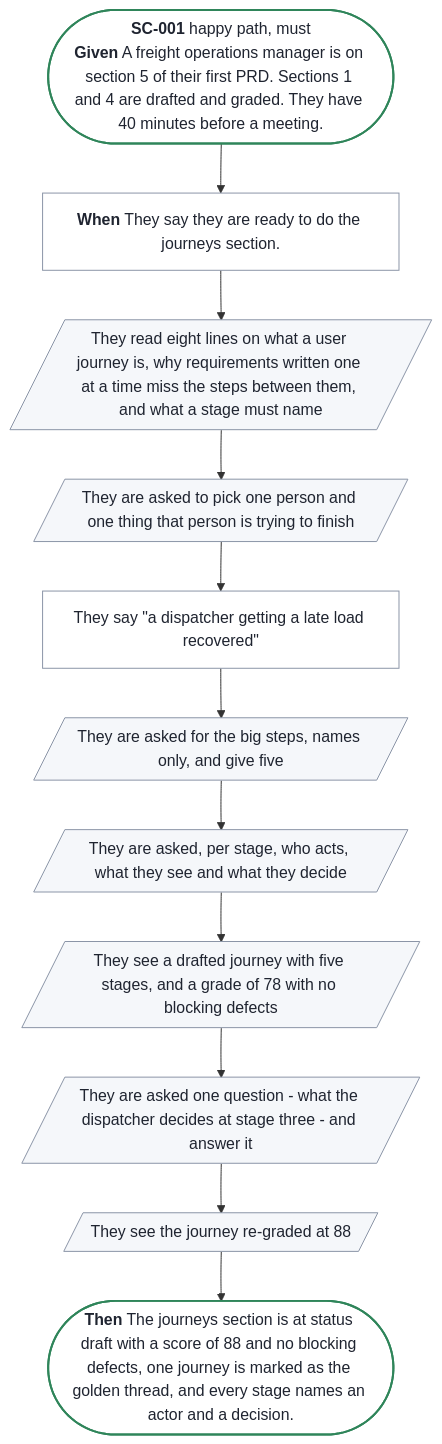
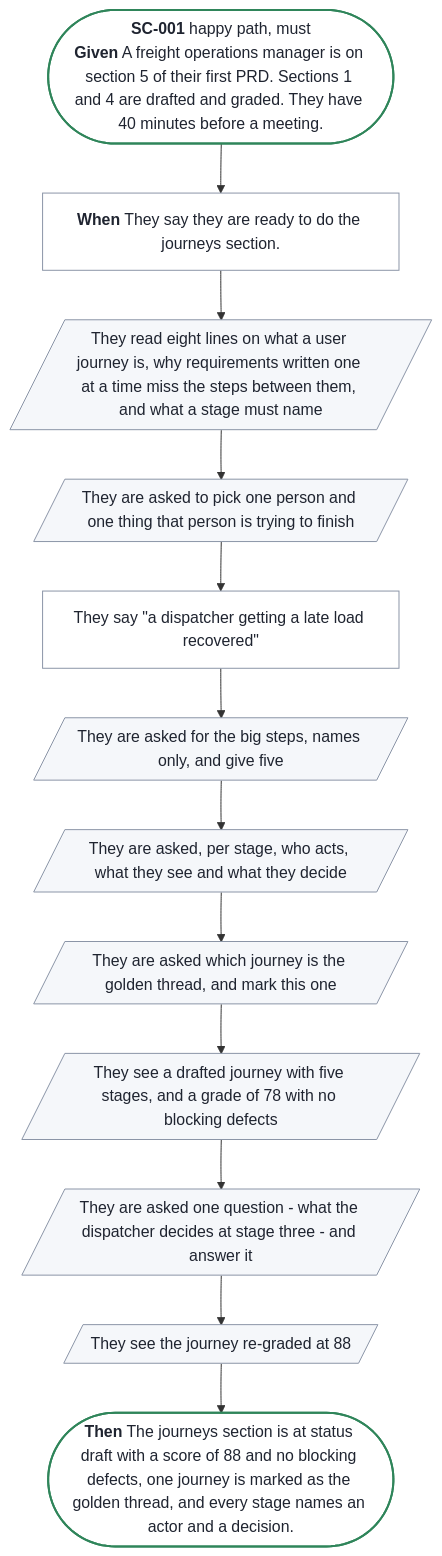
One commit to SpillwaveSolutions/prd-forge changed the diagram in docs/prd/prd-forge/diagrams/SC-001.mmd. Above: the diagram before and after it, drawn with Mermaid. The commit also changed 59 other files, not shown here.

```diff
--- a/docs/prd/prd-forge/diagrams/SC-001.mmd
+++ b/docs/prd/prd-forge/diagrams/SC-001.mmd
@@ -1,28 +1,30 @@
 %% Generated by prd-diagrams.mjs from the scenario front matter. Do not edit.
 %%{init: {"flowchart": {"wrappingWidth": 300}}}%%
 flowchart TB
   start(["<b>SC-001</b> happy path, must<br/><b>Given</b> A freight operations manager is on section 5 of their first PRD. Sections 1 and 4 are drafted and graded. They have 40 minutes before a meeting."])
   trigger["<b>When</b> They say they are ready to do the journeys section."]
   s0[/"They read eight lines on what a user journey is, why requirements written one at a time miss the steps between them, and what a stage must name"/]
   s1[/"They are asked to pick one person and one thing that person is trying to finish"/]
   s2["They say #quot;a dispatcher getting a late load recovered#quot;"]
   s3[/"They are asked for the big steps, names only, and give five"/]
   s4[/"They are asked, per stage, who acts, what they see and what they decide"/]
-  s5[/"They see a drafted journey with five stages, and a grade of 78 with no blocking defects"/]
-  s6[/"They are asked one question - what the dispatcher decides at stage three - and answer it"/]
-  s7[/"They see the journey re-graded at 88"/]
+  s5[/"They are asked which journey is the golden thread, and mark this one"/]
+  s6[/"They see a drafted journey with five stages, and a grade of 78 with no blocking defects"/]
+  s7[/"They are asked one question - what the dispatcher decides at stage three - and answer it"/]
+  s8[/"They see the journey re-graded at 88"/]
   done(["<b>Then</b> The journeys section is at status draft with a score of 88 and no blocking defects, one journey is marked as the golden thread, and every stage names an actor and a decision."])
-  start --> trigger --> s0 --> s1 --> s2 --> s3 --> s4 --> s5 --> s6 --> s7 --> done
+  start --> trigger --> s0 --> s1 --> s2 --> s3 --> s4 --> s5 --> s6 --> s7 --> s8 --> done
   classDef ends fill:#FFFFFF,stroke:#2F855A,stroke-width:2px,color:#1F2430
   classDef sees fill:#F5F7FA,stroke:#8A94A6,color:#1F2430
   classDef does fill:#FFFFFF,stroke:#8A94A6,color:#1F2430
   class start,done ends
   class s0 sees
   class s1 sees
   class s2 does
   class s3 sees
   class s4 sees
   class s5 sees
   class s6 sees
   class s7 sees
+  class s8 sees
   class trigger does
```
